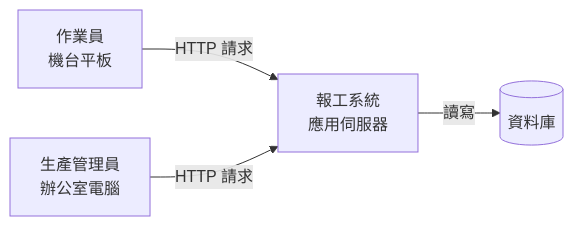
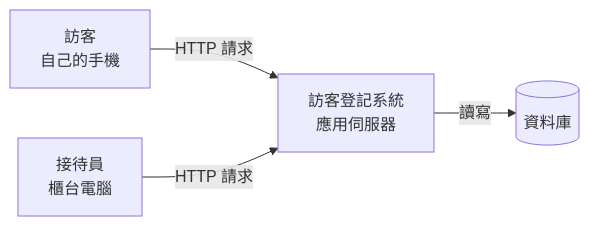
Before and after one commit to billy1125/system-analysis-and-design: the first of 2 diagrams in 01-Course-Materials/08-System-Architecture.md, drawn with Mermaid. The commit also changed other lines of this file and 30 other files, not shown here.

````diff
--- a/01-Course-Materials/08-System-Architecture.md
+++ b/01-Course-Materials/08-System-Architecture.md
@@ -64,11 +64,11 @@
 ```mermaid
 flowchart LR
-    U1[作業員<br/>機台平板]
-    U2[生產管理員<br/>辦公室電腦]
-    APP[報工系統<br/>應用伺服器]
+    U1[訪客<br/>自己的手機]
+    U2[接待員<br/>櫃台電腦]
+    APP[訪客登記系統<br/>應用伺服器]
     DB[(資料庫)]
 
     U1 -->|HTTP 請求| APP
     U2 -->|HTTP 請求| APP
     APP -->|讀寫| DB
 ```
````
